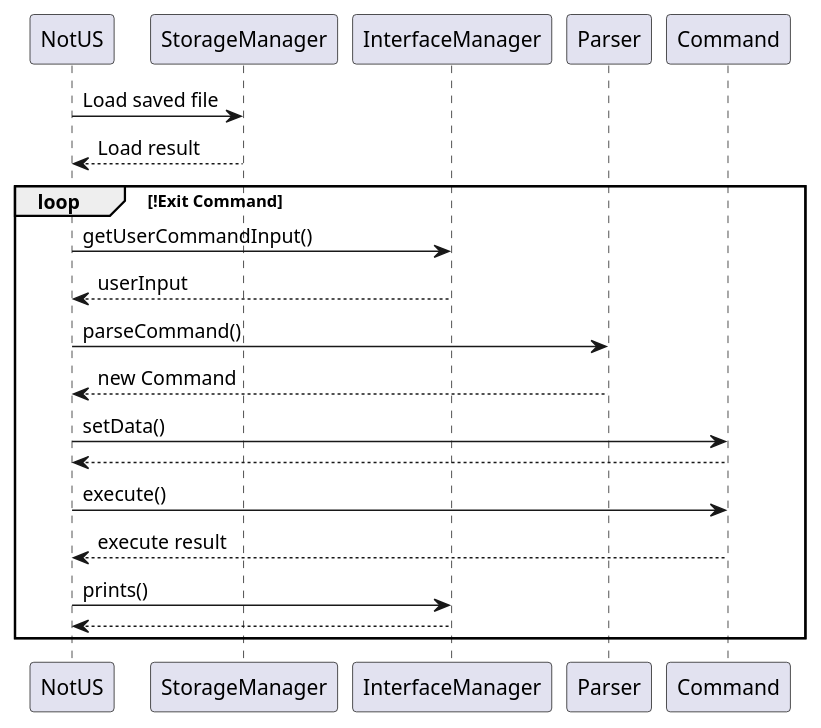
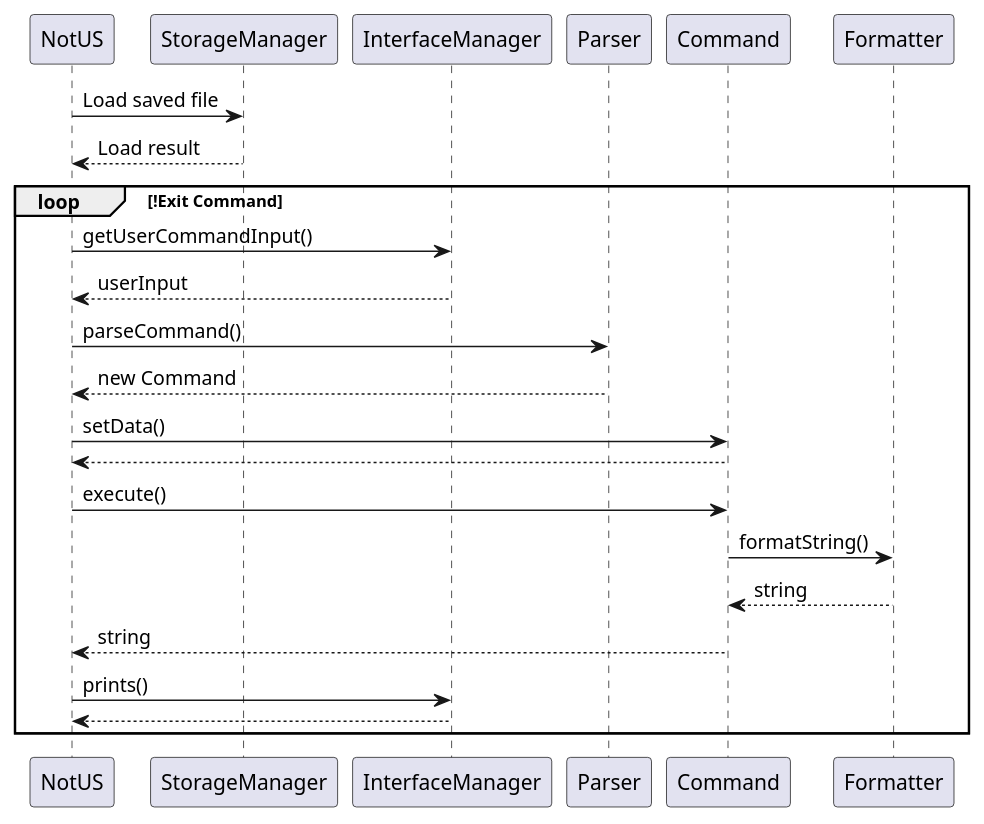
The diagram in docs/diagrams/Notus.puml (nus-cs2113-AY2021S1/tp), drawn with PlantUML before and after one commit. The commit also changed 2 other files, not shown here.

```diff
--- a/docs/diagrams/Notus.puml
+++ b/docs/diagrams/Notus.puml
@@ -1,21 +1,23 @@
 @startuml
 NotUS -> StorageManager: Load saved file
 NotUS <-- StorageManager: Load result
 
 loop !Exit Command
 NotUS -> InterfaceManager: getUserCommandInput()
 NotUS <-- InterfaceManager: userInput
 
 NotUS -> Parser: parseCommand()
 NotUS <-- Parser: new Command
 
 NotUS -> Command: setData()
 NotUS <-- Command
 NotUS -> Command: execute()
-NotUS <-- Command: execute result
+Command -> Formatter: formatString()
+Command <-- Formatter: string
+NotUS <-- Command: string
 NotUS -> InterfaceManager: prints()
 NotUS <-- InterfaceManager
 
 end
 
 @enduml
```
